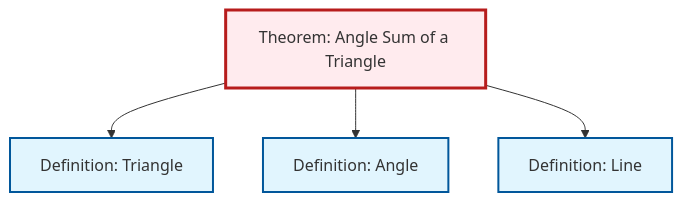
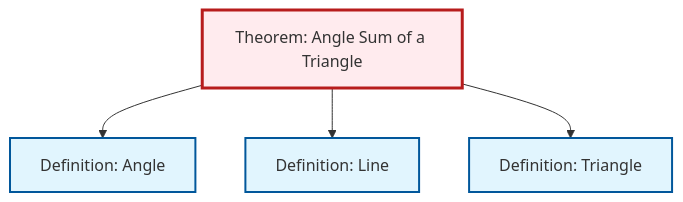
Before and after one commit to RK0429/ModernMath: the diagram in content/ja/geometry/thm-angle-sum-triangle.qmd, drawn with Mermaid. The commit also changed other lines of this file and 597 other files, not shown here.

````diff
--- a/content/ja/geometry/thm-angle-sum-triangle.qmd
+++ b/content/ja/geometry/thm-angle-sum-triangle.qmd
@@ -58,20 +58,20 @@
 ```{mermaid}
 %%| fig-cap: "Local dependency graph"
 graph TD
     classDef definition fill:#e1f5fe,stroke:#01579b,stroke-width:2px
     classDef theorem fill:#f3e5f5,stroke:#4a148c,stroke-width:2px
     classDef axiom fill:#fff3e0,stroke:#e65100,stroke-width:2px
     classDef example fill:#e8f5e9,stroke:#1b5e20,stroke-width:2px
     classDef current fill:#ffebee,stroke:#b71c1c,stroke-width:3px
-    thm-angle-sum-triangle["Theorem: Angle Sum of a Triangle"]:::theorem
+    def-angle["Definition: Angle"]:::definition
     def-triangle["Definition: Triangle"]:::definition
     def-line["Definition: Line"]:::definition
-    def-angle["Definition: Angle"]:::definition
-    thm-angle-sum-triangle --> def-triangle
+    thm-angle-sum-triangle["Theorem: Angle Sum of a Triangle"]:::theorem
     thm-angle-sum-triangle --> def-angle
     thm-angle-sum-triangle --> def-line
+    thm-angle-sum-triangle --> def-triangle
     class thm-angle-sum-triangle current
+    click def-angle "def-angle.html" "Definition: Angleへ"
     click def-triangle "def-triangle.html" "Definition: Triangleへ"
     click def-line "def-line.html" "Definition: Lineへ"
-    click def-angle "def-angle.html" "Definition: Angleへ"
 ```
````
